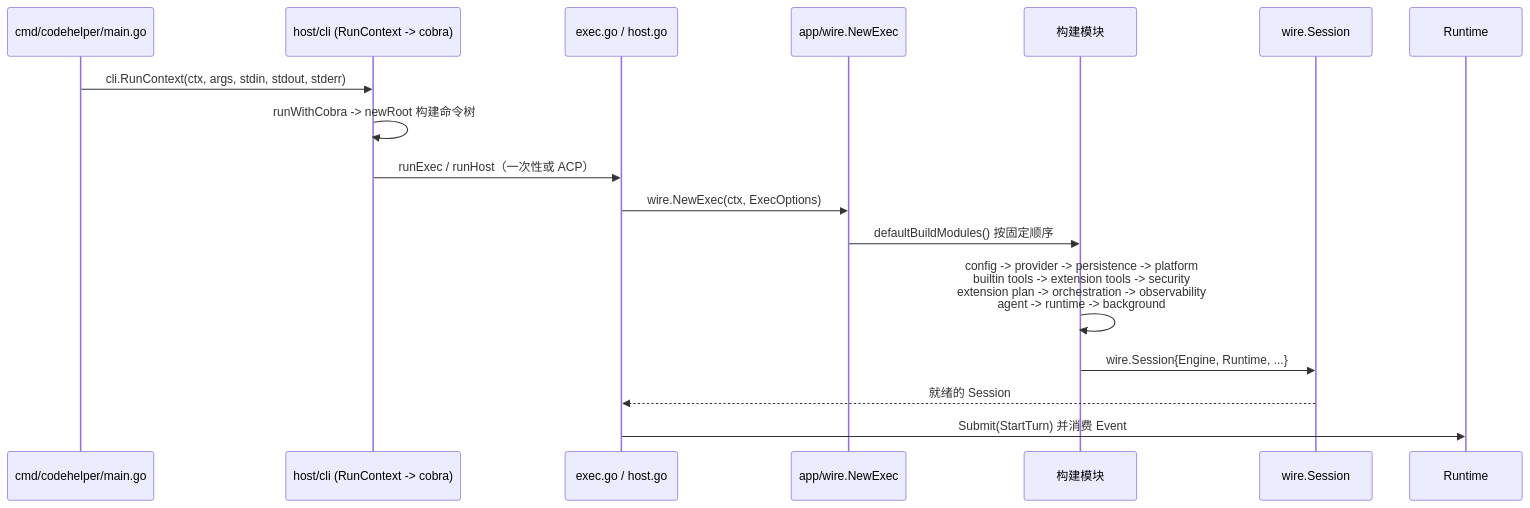
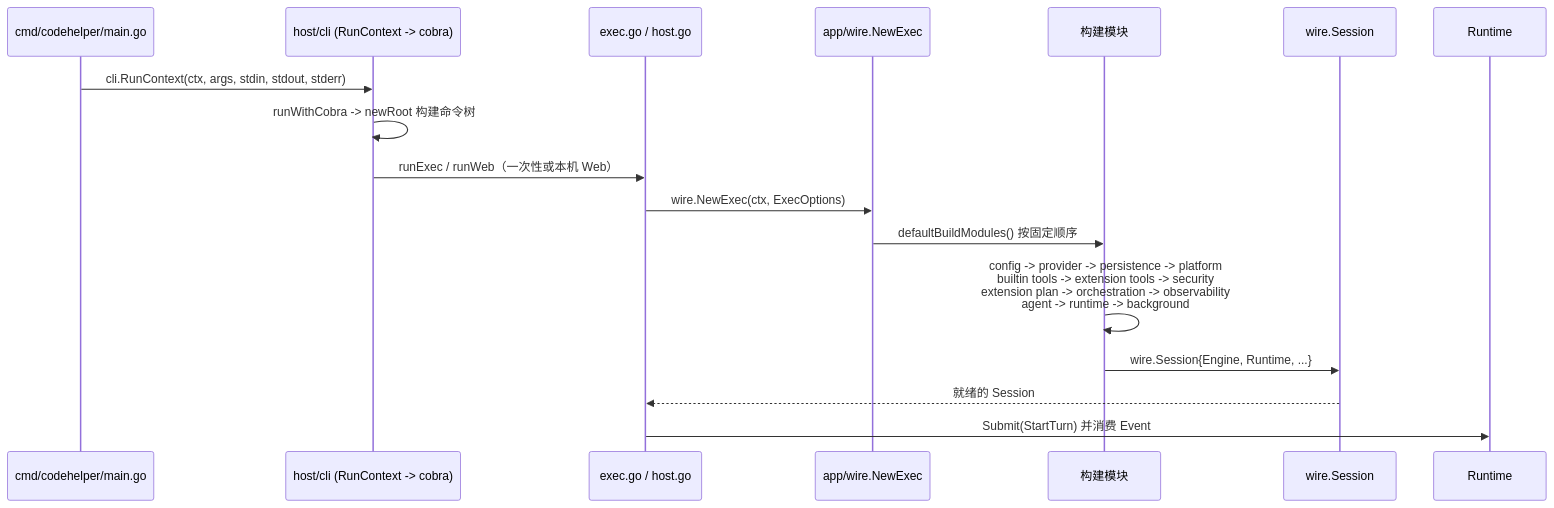
One commit to fwtllh-png/CodeHelper changed the second of 7 diagrams in docs/zh-CN/reading-guide.md. Above: the diagram before and after it, drawn with Mermaid. The commit also changed other lines of this file and 439 other files, not shown here.

````diff
--- a/docs/zh-CN/reading-guide.md
+++ b/docs/zh-CN/reading-guide.md
@@ -80,19 +80,19 @@
 ```mermaid
 sequenceDiagram
     participant Main as cmd/codehelper/main.go
     participant CLI as host/cli (RunContext -> cobra)
     participant Exec as exec.go / host.go
     participant Wire as app/wire.NewExec
     participant Mods as 构建模块
     participant Session as wire.Session
 
     Main->>CLI: cli.RunContext(ctx, args, stdin, stdout, stderr)
     CLI->>CLI: runWithCobra -> newRoot 构建命令树
-    CLI->>Exec: runExec / runHost（一次性或 ACP）
+    CLI->>Exec: runExec / runWeb（一次性或本机 Web）
     Exec->>Wire: wire.NewExec(ctx, ExecOptions)
     Wire->>Mods: defaultBuildModules() 按固定顺序
     Mods->>Mods: config -> provider -> persistence -> platform<br/>builtin tools -> extension tools -> security<br/>extension plan -> orchestration -> observability<br/>agent -> runtime -> background
     Mods->>Session: wire.Session{Engine, Runtime, ...}
     Session-->>Exec: 就绪的 Session
     Exec->>Runtime: Submit(StartTurn) 并消费 Event
 ```
````
